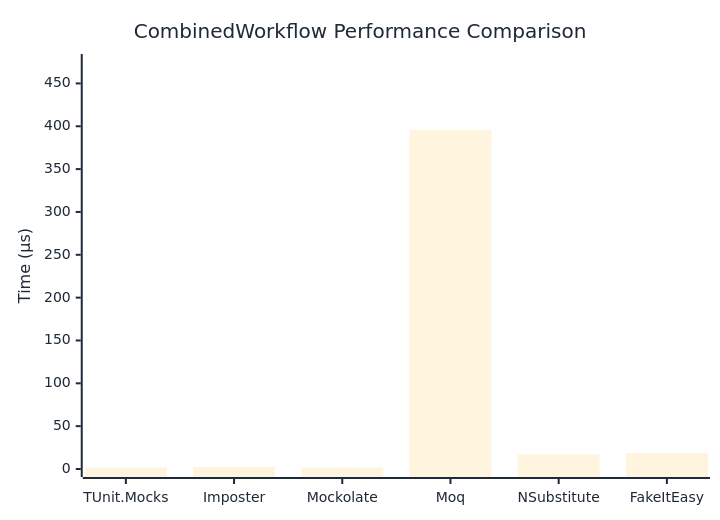
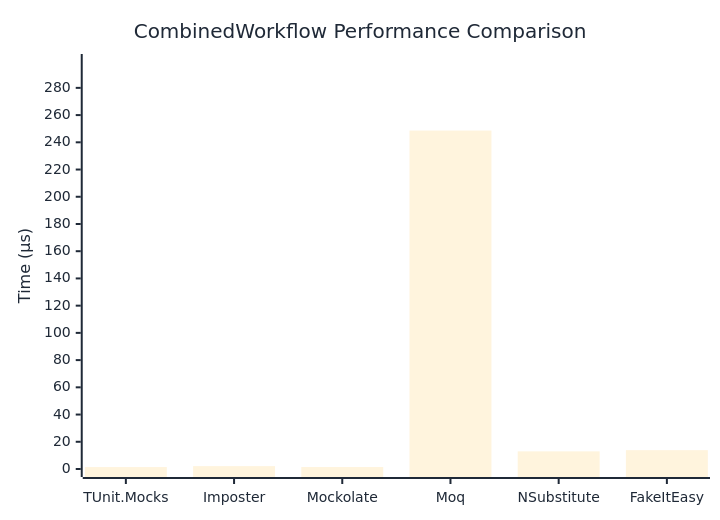
Before and after one commit to thomhurst/TUnit: the diagram in docs/docs/benchmarks/mocks/CombinedWorkflow.md, drawn with Mermaid. The commit also changed other lines of this file and 14 other files, not shown here.

````diff
--- a/docs/docs/benchmarks/mocks/CombinedWorkflow.md
+++ b/docs/docs/benchmarks/mocks/CombinedWorkflow.md
@@ -28,27 +28,27 @@
 ```mermaid
 %%{init: {
   'theme':'base',
   'themeVariables': {
     'primaryColor': '#2563eb',
     'primaryTextColor': '#1f2937',
     'primaryBorderColor': '#1e40af',
     'lineColor': '#6b7280',
     'secondaryColor': '#7c3aed',
     'tertiaryColor': '#dc2626',
     'background': '#ffffff',
     'pie1': '#2563eb',
     'pie2': '#7c3aed',
     'pie3': '#dc2626',
     'pie4': '#f59e0b',
     'pie5': '#10b981',
     'pie6': '#06b6d4',
     'pie7': '#ec4899',
     'pie8': '#6366f1'
   }
 }}%%
 xychart-beta
   title "CombinedWorkflow Performance Comparison"
   x-axis ["TUnit.Mocks", "Imposter", "Mockolate", "Moq", "NSubstitute", "FakeItEasy"]
-  y-axis "Time (μs)" 0 --> 475
-  bar [1.702, 2.578, 1.763, 395.637, 16.965, 18.664]
+  y-axis "Time (μs)" 0 --> 299
+  bar [1.417, 2.111, 1.443, 248.642, 12.96, 13.85]
 ```
````
